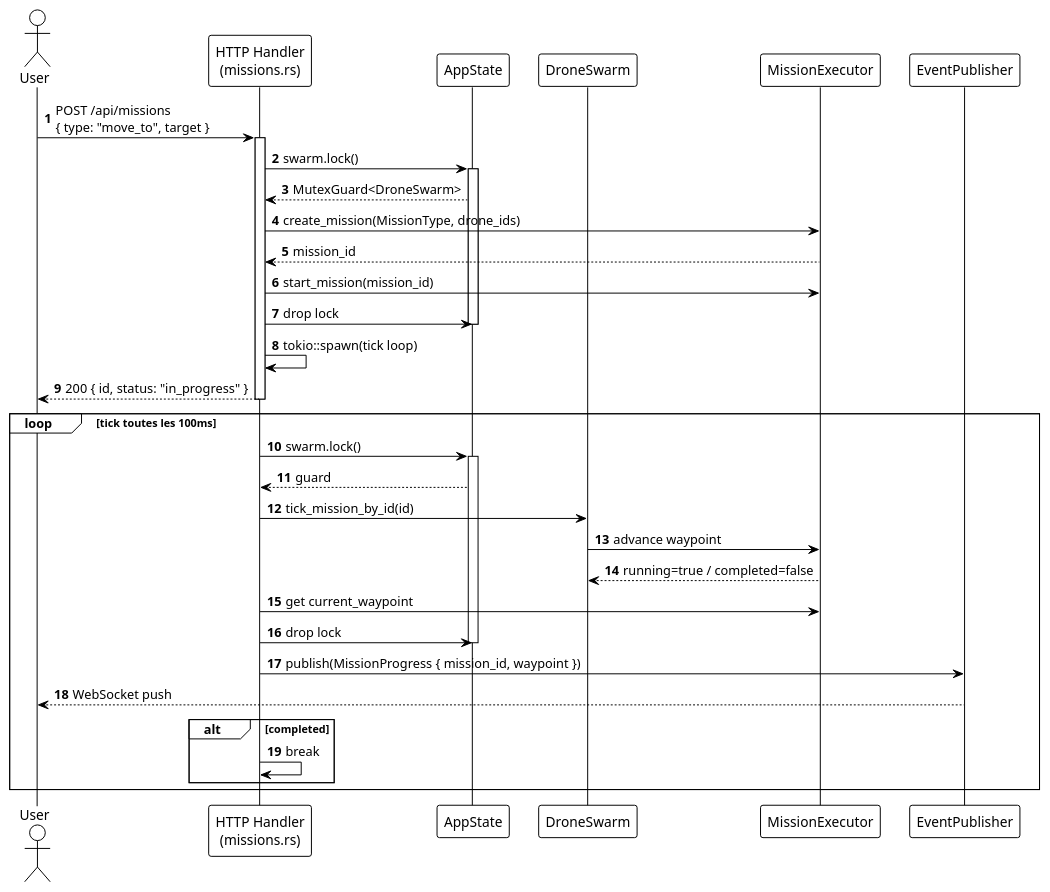
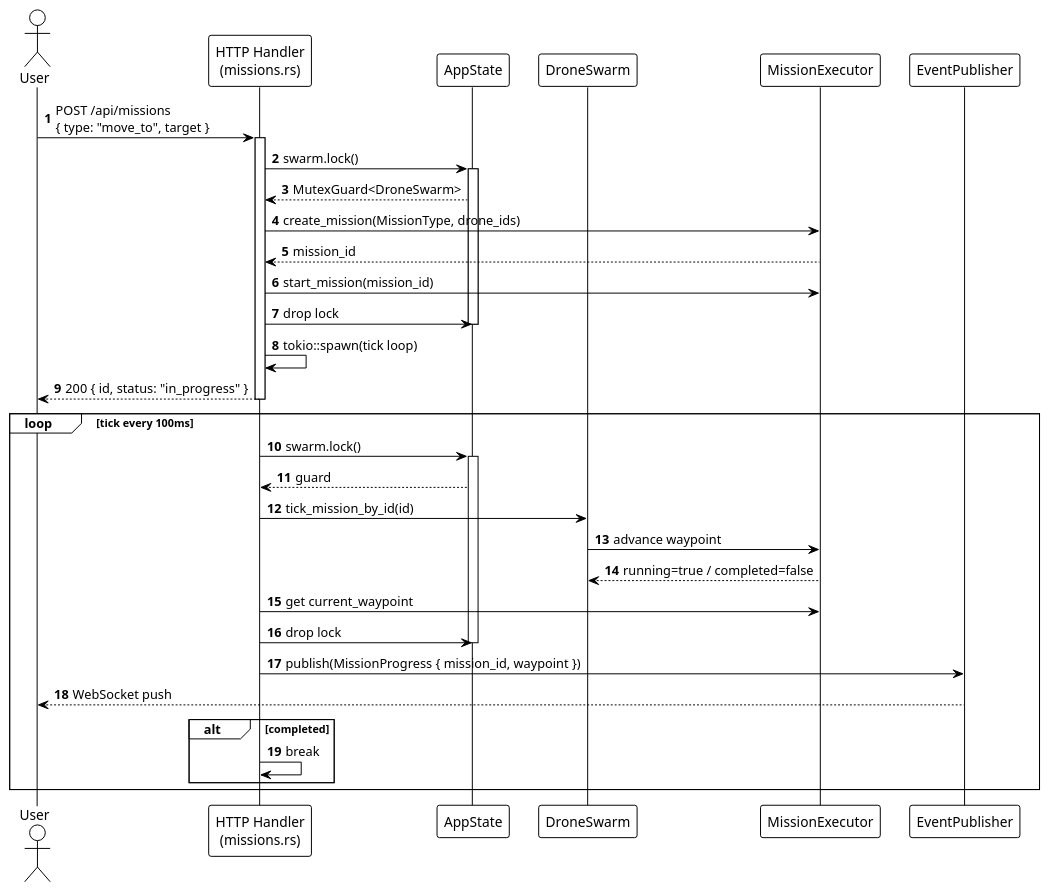
The fourth of 6 diagrams in doc/software/ARCHITECTURE.md (xwarzee/uav_in_rust), drawn with PlantUML before and after one commit. The commit also changed other lines of this file and 15 other files, not shown here.

Commit message:
update soft architecture with images with ports/adapters

````diff
--- a/doc/software/ARCHITECTURE.md
+++ b/doc/software/ARCHITECTURE.md
@@ -472,51 +472,51 @@
 ```plantuml
 @startuml Mission Execution Sequence
 !theme plain
 autonumber
 
 actor User
 participant "HTTP Handler\n(missions.rs)" as Handler
 participant "AppState" as State
 participant "DroneSwarm" as Swarm
 participant "MissionExecutor" as ME
 participant "EventPublisher" as EP
 
 User -> Handler: POST /api/missions\n{ type: "move_to", target }
 activate Handler
 
 Handler -> State: swarm.lock()
 activate State
 State --> Handler: MutexGuard<DroneSwarm>
 
 Handler -> ME: create_mission(MissionType, drone_ids)
 ME --> Handler: mission_id
 
 Handler -> ME: start_mission(mission_id)
 Handler -> State: drop lock
 deactivate State
 
 Handler -> Handler: tokio::spawn(tick loop)
 Handler --> User: 200 { id, status: "in_progress" }
 deactivate Handler
 
-loop tick toutes les 100ms
+loop tick every 100ms
   Handler -> State: swarm.lock()
   activate State
   State --> Handler: guard
   Handler -> Swarm: tick_mission_by_id(id)
   Swarm -> ME: advance waypoint
   ME --> Swarm: running=true / completed=false
   Handler -> ME: get current_waypoint
   Handler -> State: drop lock
   deactivate State
 
   Handler -> EP: publish(MissionProgress { mission_id, waypoint })
   EP --> User: WebSocket push
 
   alt completed
     Handler -> Handler: break
   end
 end
 
 @enduml
 ```
````
